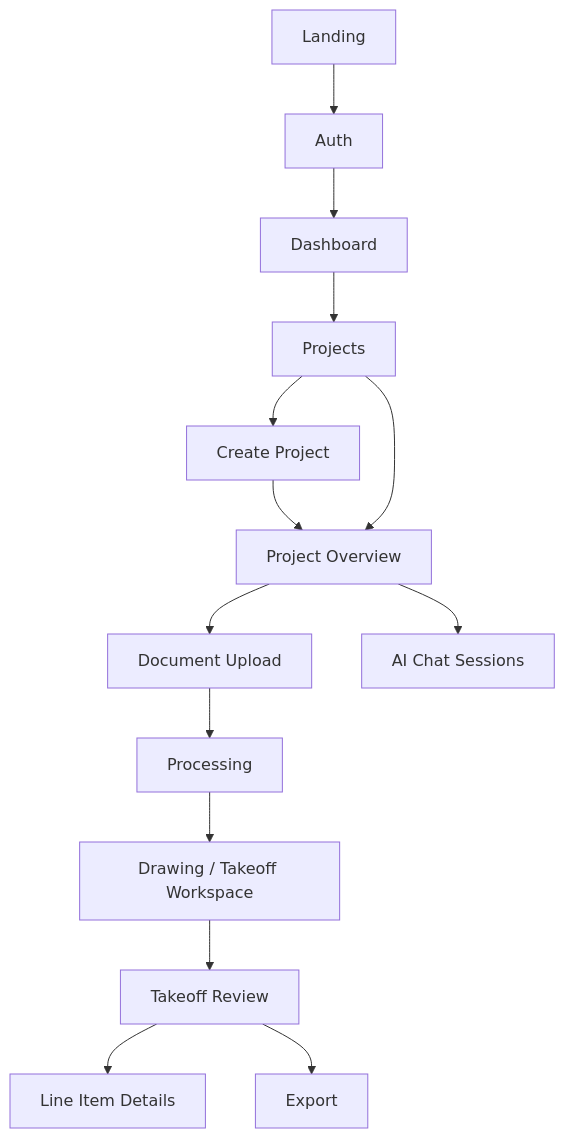
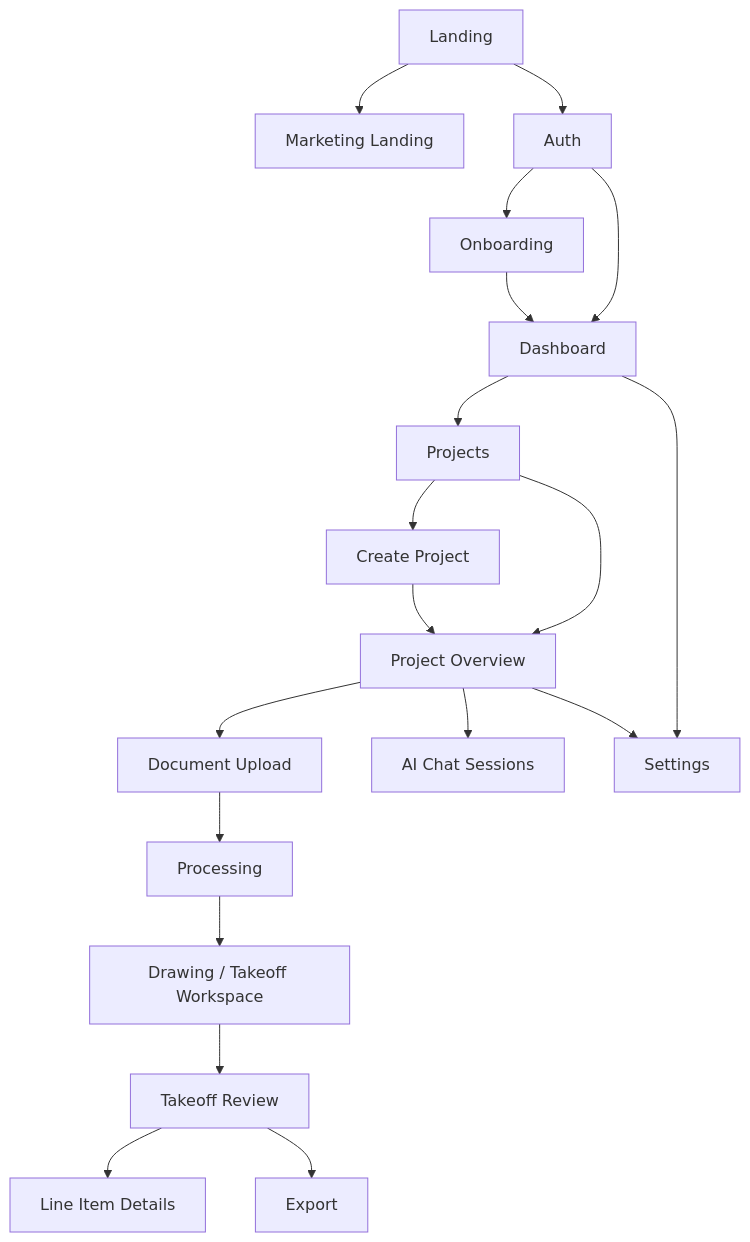
Before and after one commit to HardikBhaskar2010/Vectoris: the diagram in docs/01_PRODUCT/APP_FLOW.md, drawn with Mermaid. The commit also changed other lines of this file and 9 other files, not shown here.

Commit message:
docs: initialize project architecture documentation, tech stack specifications, and open decision registry.

````diff
--- a/docs/01_PRODUCT/APP_FLOW.md
+++ b/docs/01_PRODUCT/APP_FLOW.md
@@ -11,16 +11,21 @@
 ```mermaid
 flowchart TD
+    Landing --> MarketingLanding[Marketing Landing]
     Landing --> Auth
+    Auth --> Onboarding
+    Onboarding --> Dashboard
     Auth --> Dashboard
     Dashboard --> Projects
     Projects --> CreateProject[Create Project]
     CreateProject --> ProjectOverview[Project Overview]
     Projects --> ProjectOverview
     ProjectOverview --> DocumentUpload[Document Upload]
     DocumentUpload --> Processing
     Processing --> DrawingViewer[Drawing / Takeoff Workspace]
     DrawingViewer --> TakeoffReview[Takeoff Review]
     TakeoffReview --> LineItemDetails[Line Item Details]
     TakeoffReview --> Export
     ProjectOverview --> Sessions[AI Chat Sessions]
+    Dashboard --> Settings
+    ProjectOverview --> Settings
 ```
````
